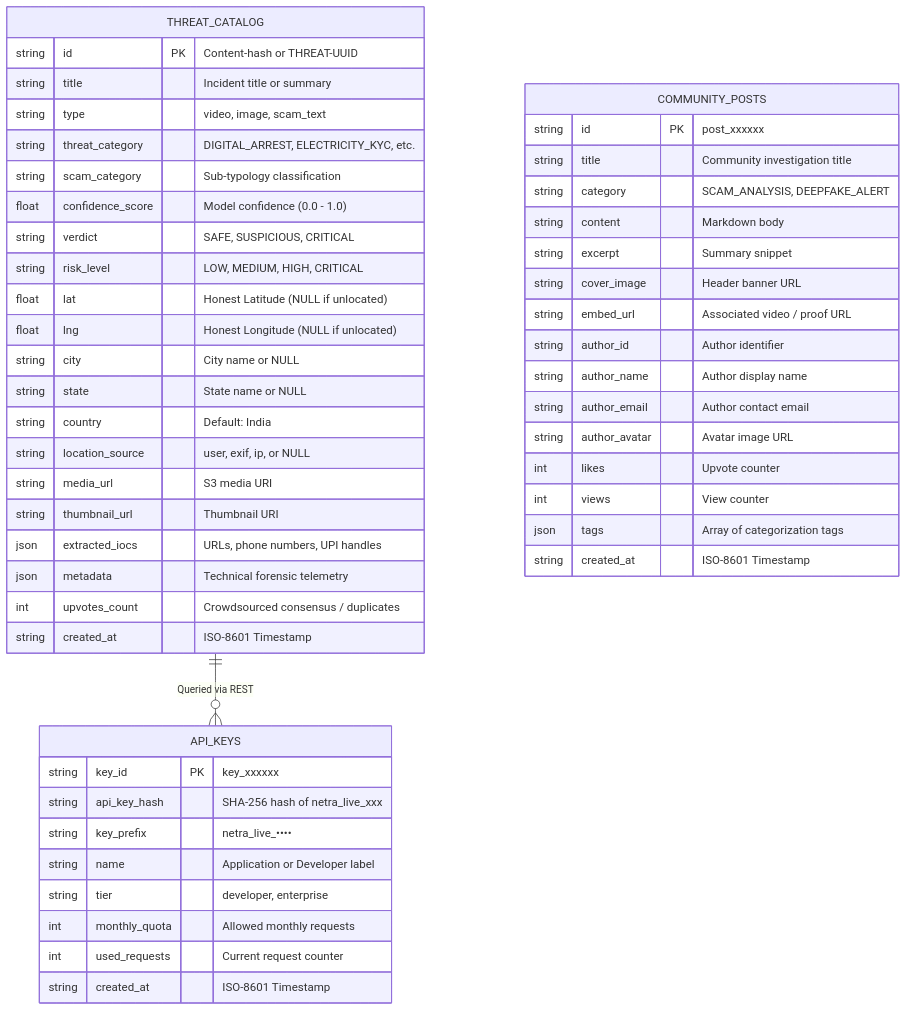
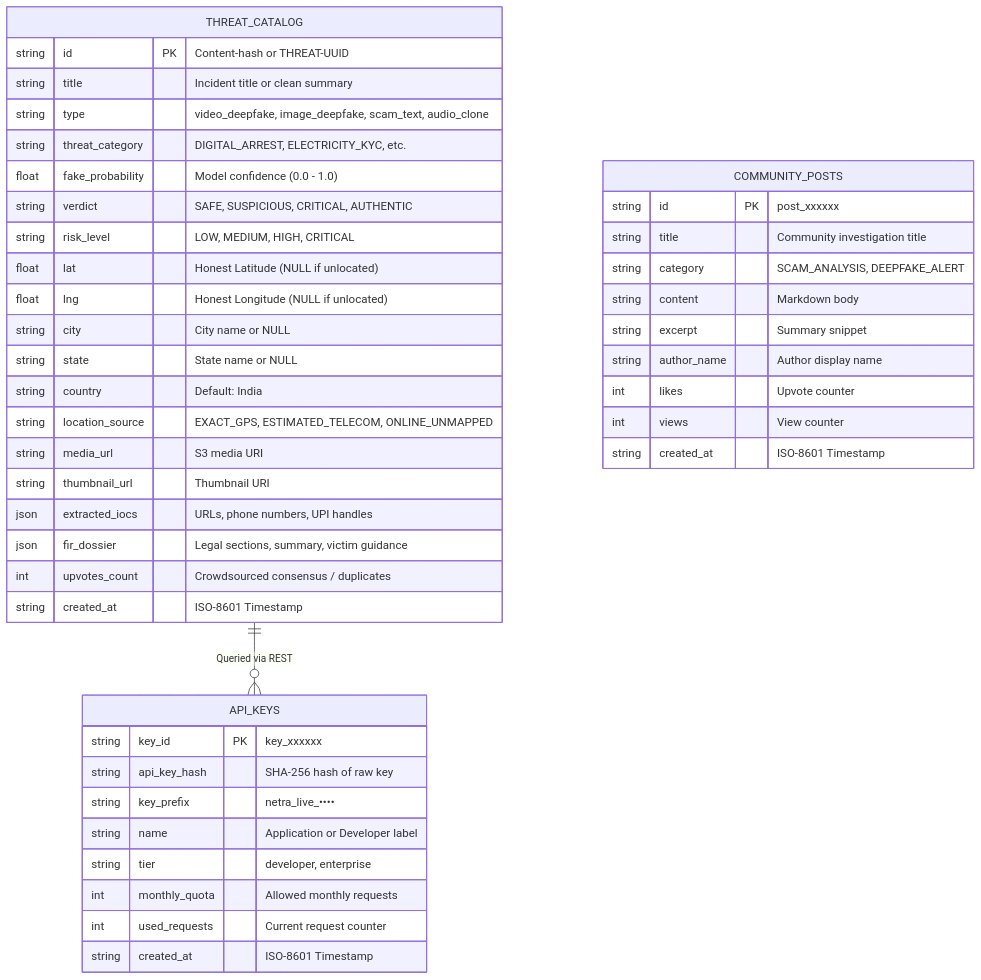
The third of 4 diagrams in README.md (sparsh101sparsh/netra-deepfake-detector), drawn with Mermaid before and after one commit. The commit also changed other lines of this file and 1 other file, not shown here.

Commit message:
docs: correct master README and scam feed docs with accurate architecture, exact model names, live URLs, and zero Telegram/Twilio references

````diff
--- a/README.md
+++ b/README.md
@@ -267,56 +212,49 @@
 ```mermaid
 erDiagram
     THREAT_CATALOG {
         string id PK "Content-hash or THREAT-UUID"
-        string title "Incident title or summary"
-        string type "video, image, scam_text"
+        string title "Incident title or clean summary"
+        string type "video_deepfake, image_deepfake, scam_text, audio_clone"
         string threat_category "DIGITAL_ARREST, ELECTRICITY_KYC, etc."
-        string scam_category "Sub-typology classification"
-        float confidence_score "Model confidence (0.0 - 1.0)"
-        string verdict "SAFE, SUSPICIOUS, CRITICAL"
+        float fake_probability "Model confidence (0.0 - 1.0)"
+        string verdict "SAFE, SUSPICIOUS, CRITICAL, AUTHENTIC"
         string risk_level "LOW, MEDIUM, HIGH, CRITICAL"
         float lat "Honest Latitude (NULL if unlocated)"
         float lng "Honest Longitude (NULL if unlocated)"
         string city "City name or NULL"
         string state "State name or NULL"
         string country "Default: India"
-        string location_source "user, exif, ip, or NULL"
+        string location_source "EXACT_GPS, ESTIMATED_TELECOM, ONLINE_UNMAPPED"
         string media_url "S3 media URI"
         string thumbnail_url "Thumbnail URI"
         json extracted_iocs "URLs, phone numbers, UPI handles"
-        json metadata "Technical forensic telemetry"
+        json fir_dossier "Legal sections, summary, victim guidance"
         int upvotes_count "Crowdsourced consensus / duplicates"
         string created_at "ISO-8601 Timestamp"
     }
 
     API_KEYS {
         string key_id PK "key_xxxxxx"
-        string api_key_hash "SHA-256 hash of netra_live_xxx"
+        string api_key_hash "SHA-256 hash of raw key"
         string key_prefix "netra_live_••••"
         string name "Application or Developer label"
         string tier "developer, enterprise"
         int monthly_quota "Allowed monthly requests"
         int used_requests "Current request counter"
         string created_at "ISO-8601 Timestamp"
     }
 
     COMMUNITY_POSTS {
         string id PK "post_xxxxxx"
         string title "Community investigation title"
         string category "SCAM_ANALYSIS, DEEPFAKE_ALERT"
         string content "Markdown body"
         string excerpt "Summary snippet"
-        string cover_image "Header banner URL"
-        string embed_url "Associated video / proof URL"
-        string author_id "Author identifier"
         string author_name "Author display name"
-        string author_email "Author contact email"
-        string author_avatar "Avatar image URL"
         int likes "Upvote counter"
         int views "View counter"
-        json tags "Array of categorization tags"
         string created_at "ISO-8601 Timestamp"
     }
 
     THREAT_CATALOG ||--o{ API_KEYS : "Queried via REST"
 ```
````
